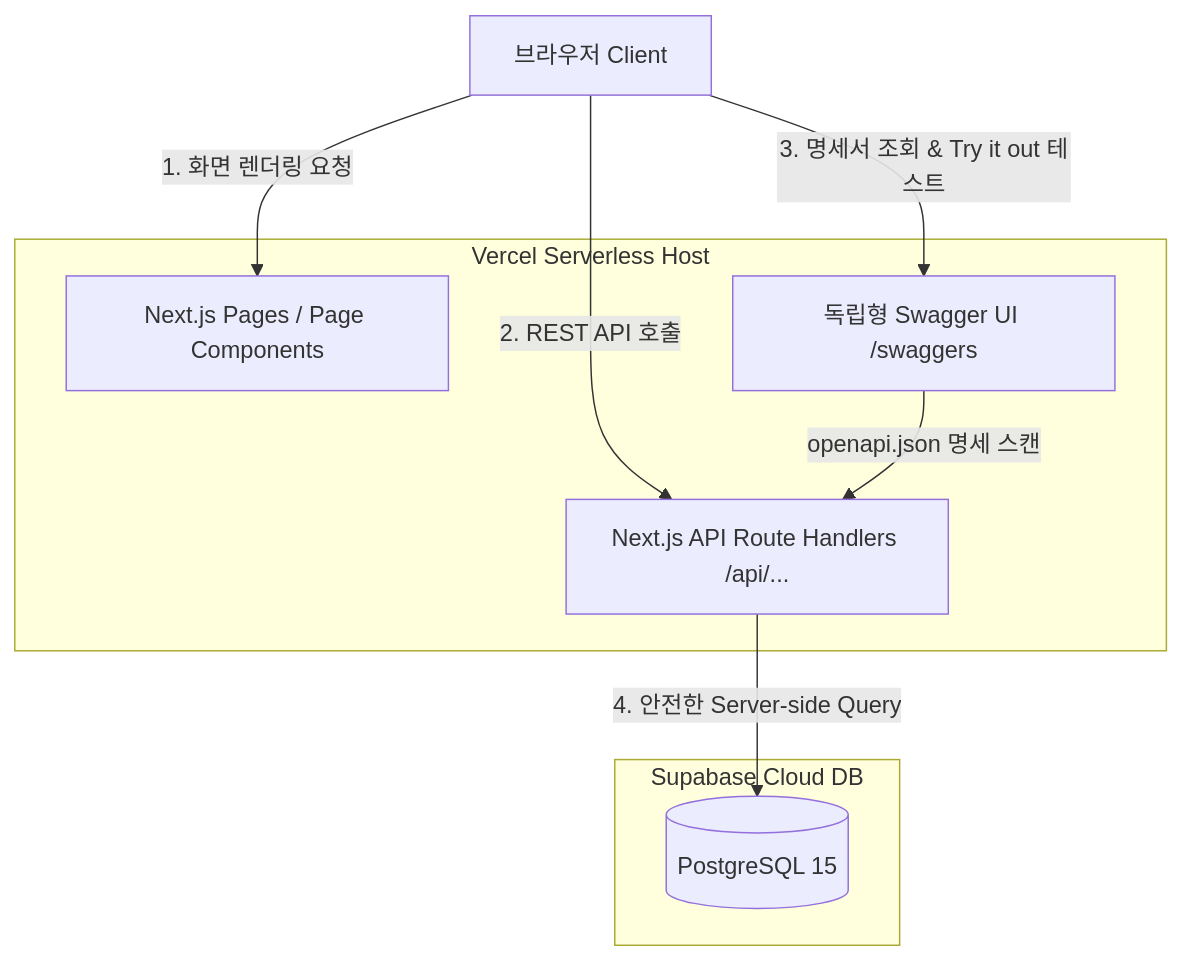
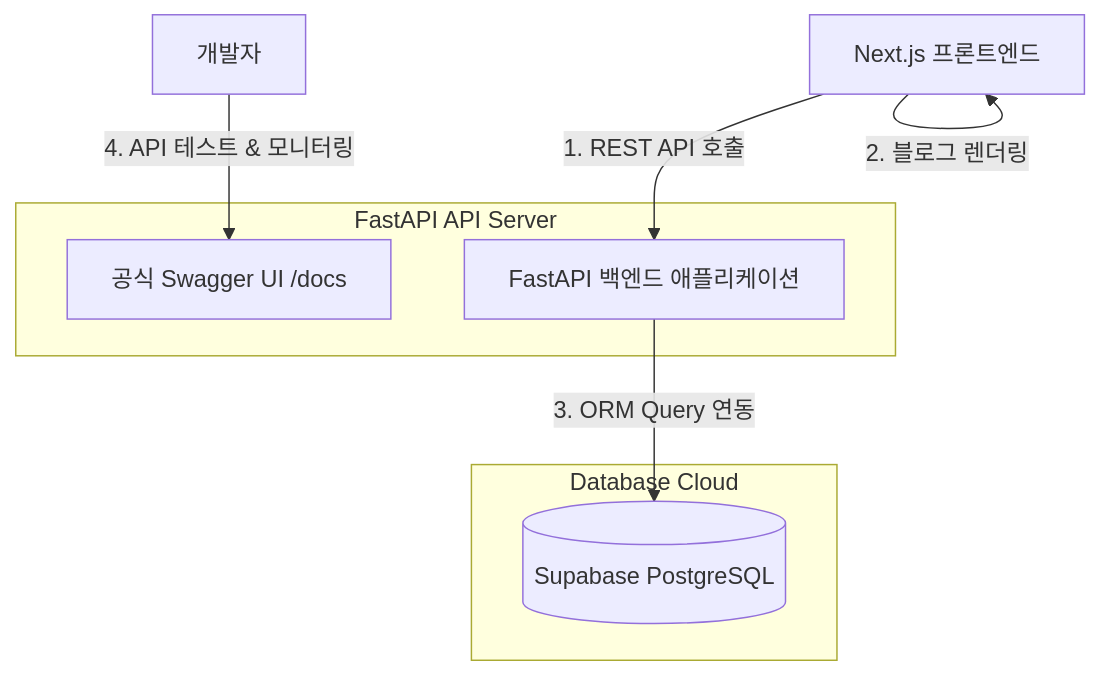
Before and after one commit to hzlloni/MyDevVlog: the diagram in PROJECT_SUMMARY.md, drawn with Mermaid. The commit also changed other lines of this file and 16 other files, not shown here.

Commit message:
feat: Restore python backend folder and wire FastAPI directly to Supabase cloud PostgreSQL

````diff
--- a/PROJECT_SUMMARY.md
+++ b/PROJECT_SUMMARY.md
@@ -11,20 +13,18 @@
 ```mermaid
 graph TD
-    Client[브라우저 Client]
+    Client[Next.js 프론트엔드]
     
-    subgraph Vercel_Cloud [Vercel Serverless Host]
-        Page[Next.js Pages / Page Components]
-        API[Next.js API Route Handlers /api/...]
-        Swagger[독립형 Swagger UI /swaggers]
+    subgraph Local_or_Cloud_Server [FastAPI API Server]
+        FastAPI[FastAPI 백엔드 애플리케이션]
+        Swagger[공식 Swagger UI /docs]
     end
     
-    subgraph Supabase_Cloud [Supabase Cloud DB]
-        DB[(PostgreSQL 15)]
+    subgraph Supabase_Cloud [Database Cloud]
+        Supabase[(Supabase PostgreSQL)]
     end
     
-    Client -->|1. 화면 렌더링 요청| Page
-    Client -->|2. REST API 호출| API
-    Client -->|3. 명세서 조회 & Try it out 테스트| Swagger
-    Swagger -->|openapi.json 명세 스캔| API
-    API -->|4. 안전한 Server-side Query| DB
+    Client -->|1. REST API 호출| FastAPI
+    Client -->|2. 블로그 렌더링| Client
+    FastAPI -->|3. ORM Query 연동| Supabase
+    Developer[개발자] -->|4. API 테스트 & 모니터링| Swagger
 ```
````
